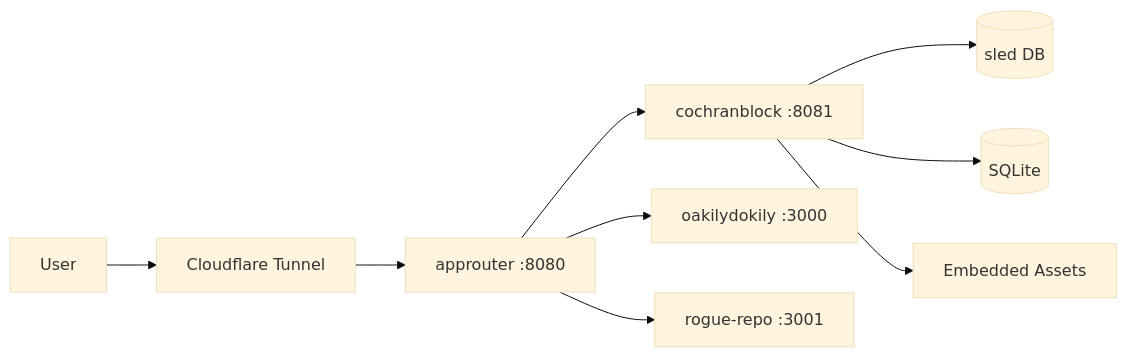
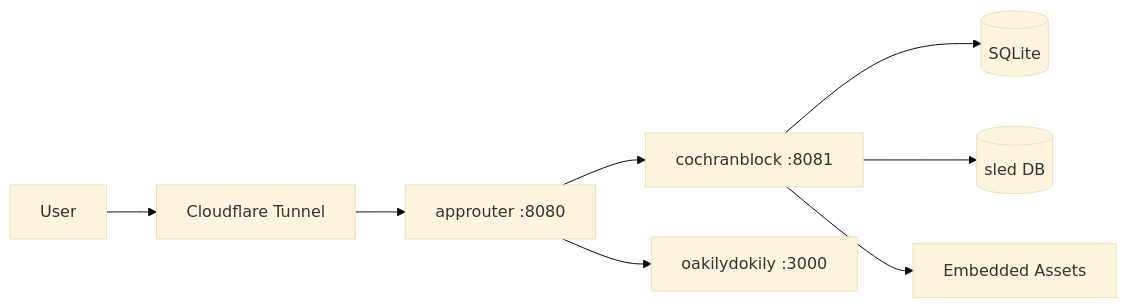
The diagram in README.md (cochranblock/cochranblock), drawn with Mermaid (base theme) before and after one commit. The commit also changed other lines of this file, not shown here.

````diff
--- a/README.md
+++ b/README.md
@@ -26,11 +26,10 @@
 ```mermaid
 flowchart LR
     User[User] --> CF[Cloudflare Tunnel]
     CF --> AR[approuter :8080]
     AR --> CB[cochranblock :8081]
     AR --> OD[oakilydokily :3000]
-    AR --> RR[rogue-repo :3001]
+    CB --> SQLite[(SQLite)]
     CB --> Sled[(sled DB)]
-    CB --> SQLite[(SQLite)]
     CB --> Assets[Embedded Assets]
 ```
````
